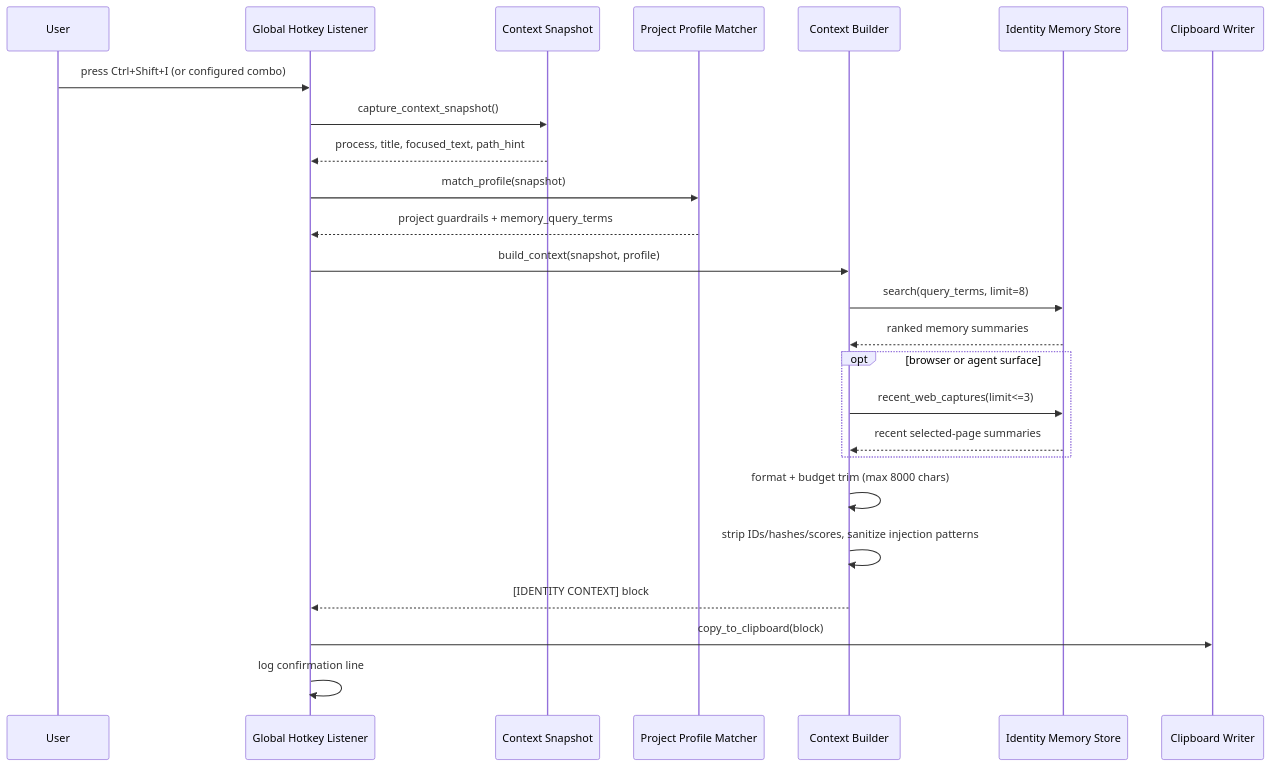
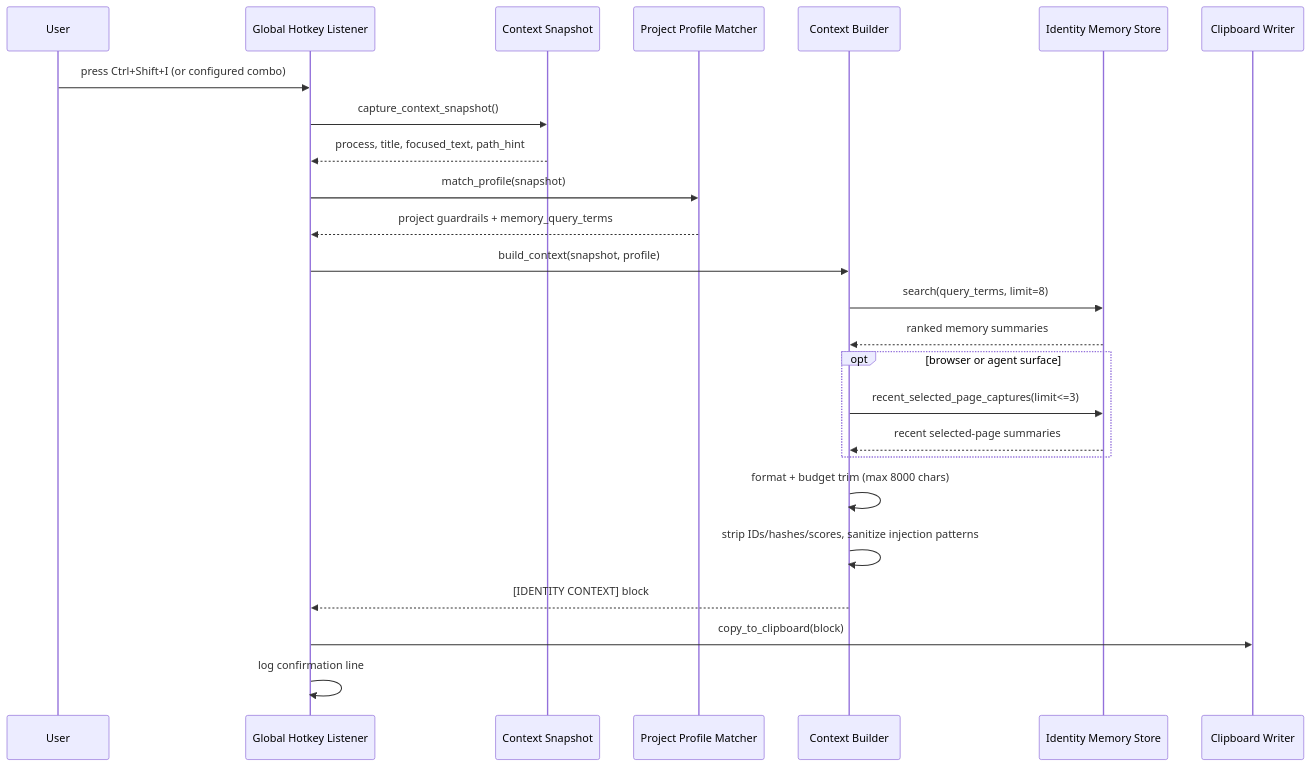
Diagram 17 of 17 in docs/system-map.md (FiNdAlMkSkInDaL/Identity), drawn with Mermaid before and after one commit. The commit also changed other lines of this file and 8 other files, not shown here.

````diff
--- a/docs/system-map.md
+++ b/docs/system-map.md
@@ -560,28 +571,28 @@
 ```mermaid
 sequenceDiagram
     participant User
     participant Hotkey as Global Hotkey Listener
     participant Snapshot as Context Snapshot
     participant Profile as Project Profile Matcher
     participant Builder as Context Builder
     participant Memory as Identity Memory Store
     participant Clip as Clipboard Writer
 
     User->>Hotkey: press Ctrl+Shift+I (or configured combo)
     Hotkey->>Snapshot: capture_context_snapshot()
     Snapshot-->>Hotkey: process, title, focused_text, path_hint
     Hotkey->>Profile: match_profile(snapshot)
     Profile-->>Hotkey: project guardrails + memory_query_terms
     Hotkey->>Builder: build_context(snapshot, profile)
     Builder->>Memory: search(query_terms, limit=8)
     Memory-->>Builder: ranked memory summaries
     opt browser or agent surface
-        Builder->>Memory: recent_web_captures(limit<=3)
+        Builder->>Memory: recent_selected_page_captures(limit<=3)
         Memory-->>Builder: recent selected-page summaries
     end
     Builder->>Builder: format + budget trim (max 8000 chars)
     Builder->>Builder: strip IDs/hashes/scores, sanitize injection patterns
     Builder-->>Hotkey: [IDENTITY CONTEXT] block
     Hotkey->>Clip: copy_to_clipboard(block)
     Hotkey->>Hotkey: log confirmation line
 ```
````
